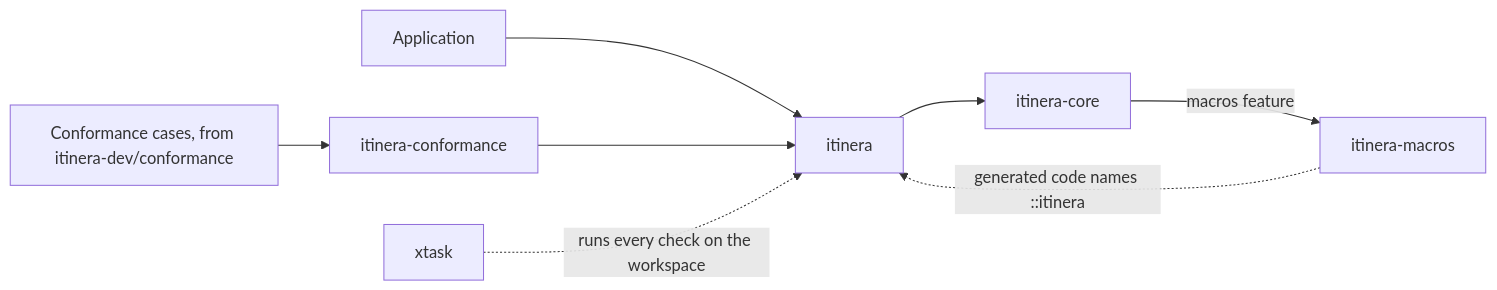
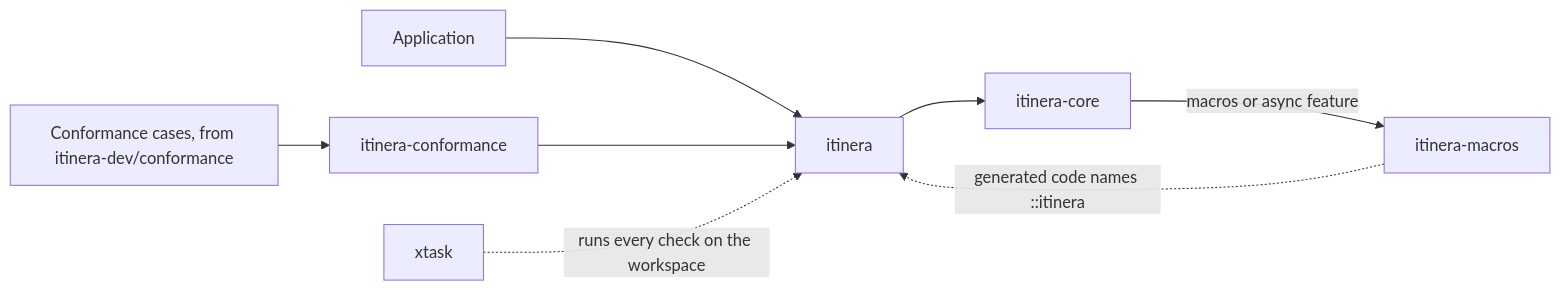
Before and after one commit to itinera-dev/itinera-rs: the first of 14 diagrams in docs/architecture.md, drawn with Mermaid. The commit also changed other lines of this file and 27 other files, not shown here.

````diff
--- a/docs/architecture.md
+++ b/docs/architecture.md
@@ -13,12 +13,12 @@
 ```mermaid
 flowchart LR
     accTitle: The crates of itinera-rs
-    accDescr: Applications depend on itinera, which re-exports every module of itinera-core. With the macros feature, itinera-core depends on itinera-macros and re-exports each macro from the module of its concept, and the generated code names itinera. The conformance runner depends on itinera and reads the conformance cases. xtask runs every check on the workspace.
+    accDescr: Applications depend on itinera, which re-exports every module of itinera-core. With the macros feature, or the async feature for async_trait, itinera-core depends on itinera-macros and re-exports each macro from the module of its concept, and the generated code names itinera. The conformance runner depends on itinera and reads the conformance cases. xtask runs every check on the workspace.
     app["Application"] --> itinera["itinera"]
     itinera --> core["itinera-core"]
-    core -->|"macros feature"| macros["itinera-macros"]
+    core -->|"macros or async feature"| macros["itinera-macros"]
     macros -.->|"generated code names ::itinera"| itinera
     runner["itinera-conformance"] --> itinera
     cases["Conformance cases, from itinera-dev/conformance"] --> runner
     xtask["xtask"] -.->|"runs every check on the workspace"| itinera
 ```
````
